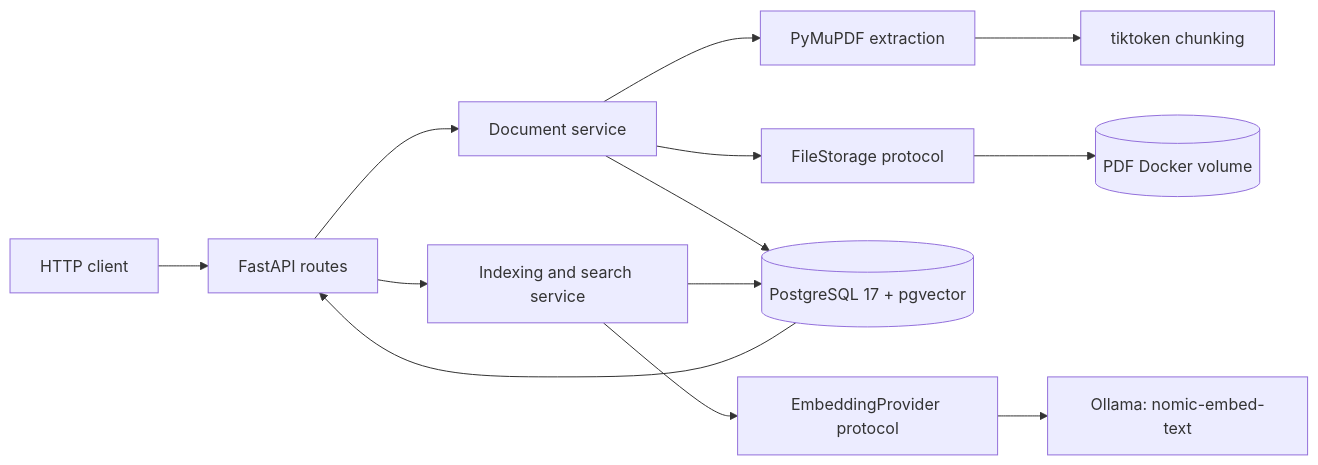
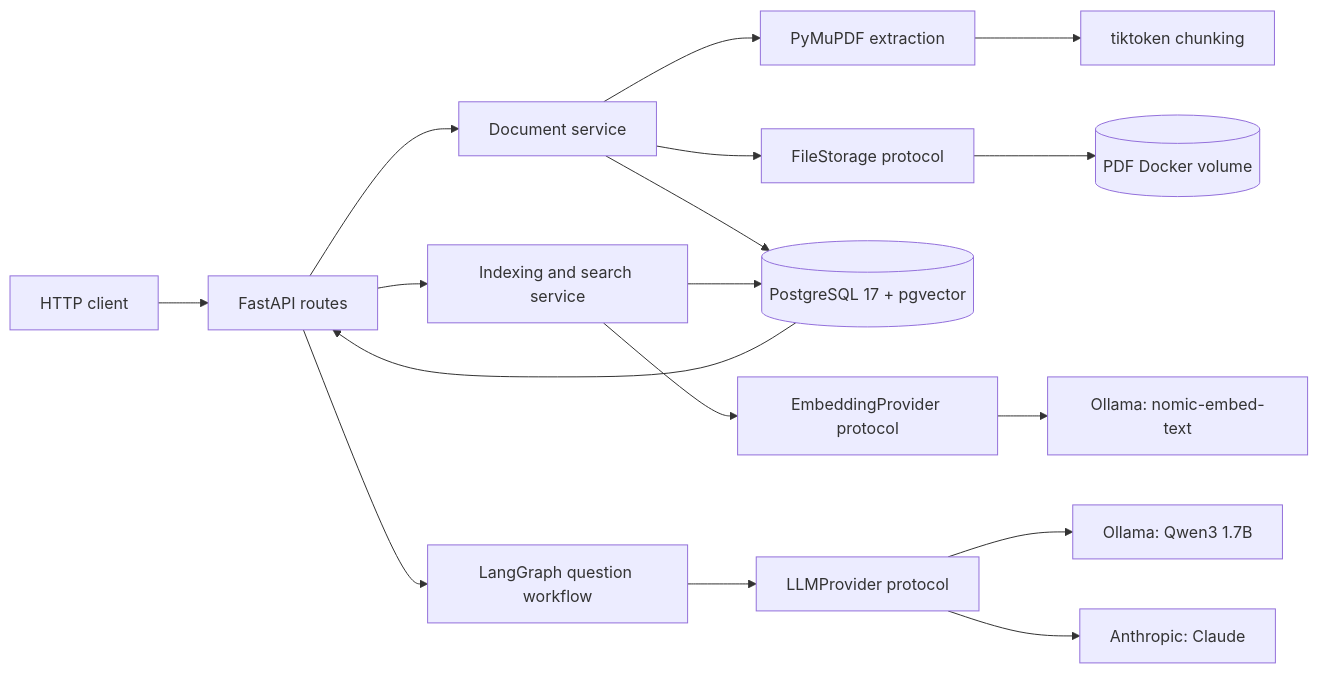
One commit to laszlokiss88/garden-center-api changed the first of 2 diagrams in docs/architecture.md. Above: the diagram before and after it, drawn with Mermaid. The commit also changed other lines of this file and 15 other files, not shown here.

Commit message:
feat: add LangGraph RAG with Ollama and Anthropic providers

````diff
--- a/docs/architecture.md
+++ b/docs/architecture.md
@@ -9,15 +9,19 @@
 ```mermaid
 flowchart LR
     Client[HTTP client] --> API[FastAPI routes]
     API --> DS[Document service]
     DS --> PDF[PyMuPDF extraction]
     PDF --> Chunk[tiktoken chunking]
     DS --> Storage[FileStorage protocol]
     Storage --> Files[(PDF Docker volume)]
     DS --> DB[(PostgreSQL 17 + pgvector)]
     API --> SS[Indexing and search service]
     SS --> EP[EmbeddingProvider protocol]
     EP --> Ollama[Ollama: nomic-embed-text]
     SS --> DB
     DB --> API
+    API --> RAG[LangGraph question workflow]
+    RAG --> GP[LLMProvider protocol]
+    GP --> Qwen[Ollama: Qwen3 1.7B]
+    GP --> Claude[Anthropic: Claude]
 ```
````
